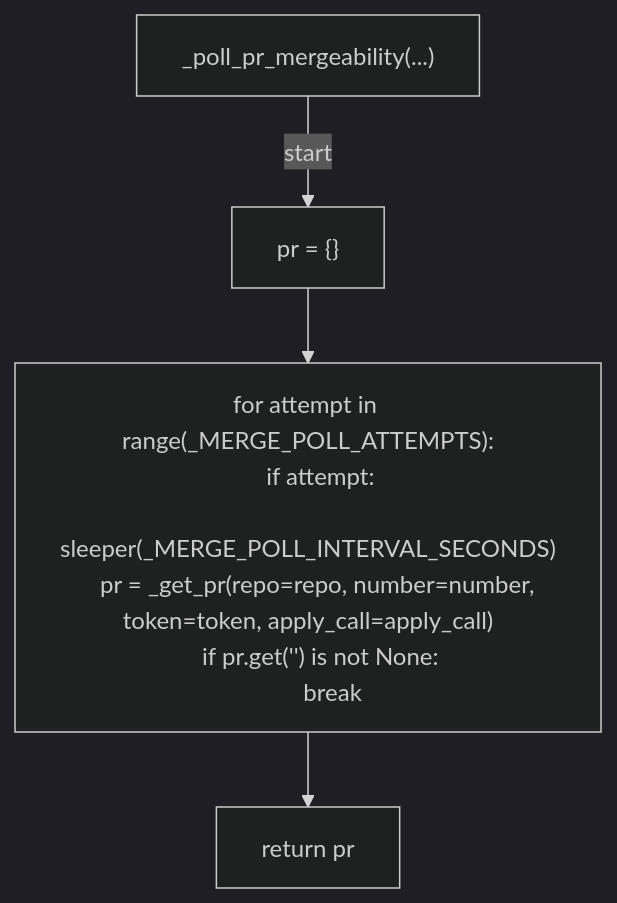
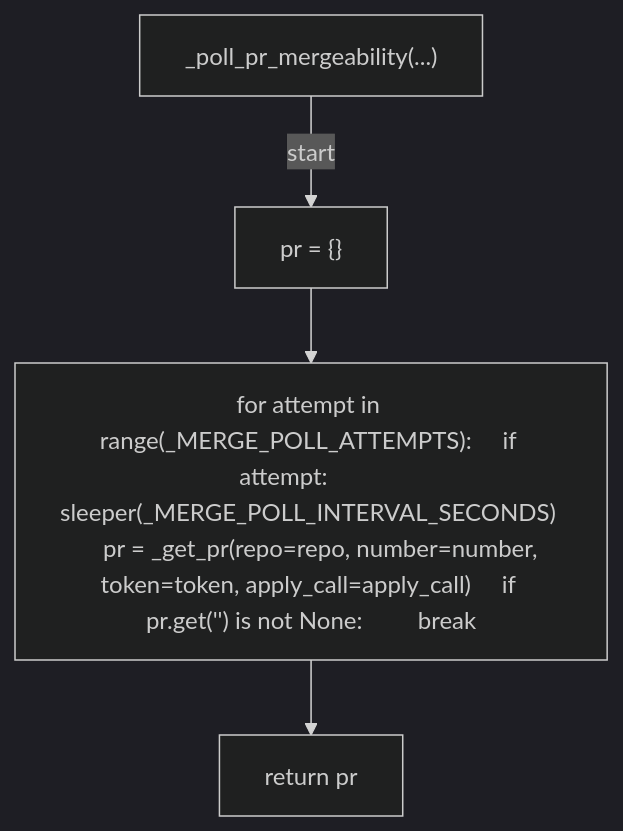
Before and after one commit to tvna/claude-md: the second of 3 diagrams in docs/generated/scripts/ast/_pr_merge.md, drawn with Mermaid (dark theme). The commit also changed other lines of this file and 20 other files, not shown here.

First line of the commit message:
docs(generated): regenerate decision tree and workflow diagrams (batch 1/5)

````diff
--- a/docs/generated/scripts/ast/_pr_merge.md
+++ b/docs/generated/scripts/ast/_pr_merge.md
@@ -36,15 +20,10 @@
 ```mermaid
 flowchart TD
     N001["_poll_pr_mergeability(...)"]
     N002["pr = {}"]
-    N003["for attempt in range(_MERGE_POLL_ATTEMPTS):
-    if attempt:
-        sleeper(_MERGE_POLL_INTERVAL_SECONDS)
-    pr = _get_pr(repo=repo, number=number, token=token, apply_call=apply_call)
-    if pr.get('<str>') is not None:
-        break"]
+    N003["for attempt in range(_MERGE_POLL_ATTEMPTS):     if attempt:         sleeper(_MERGE_POLL_INTERVAL_SECONDS)     pr = _get_pr(repo=repo, number=number, token=token, apply_call=apply_call)     if pr.get('<str>') is not None:         break"]
     N004["return pr"]
     N001 -->|"start"| N002
     N002 --> N003
     N003 --> N004
 ```
````
